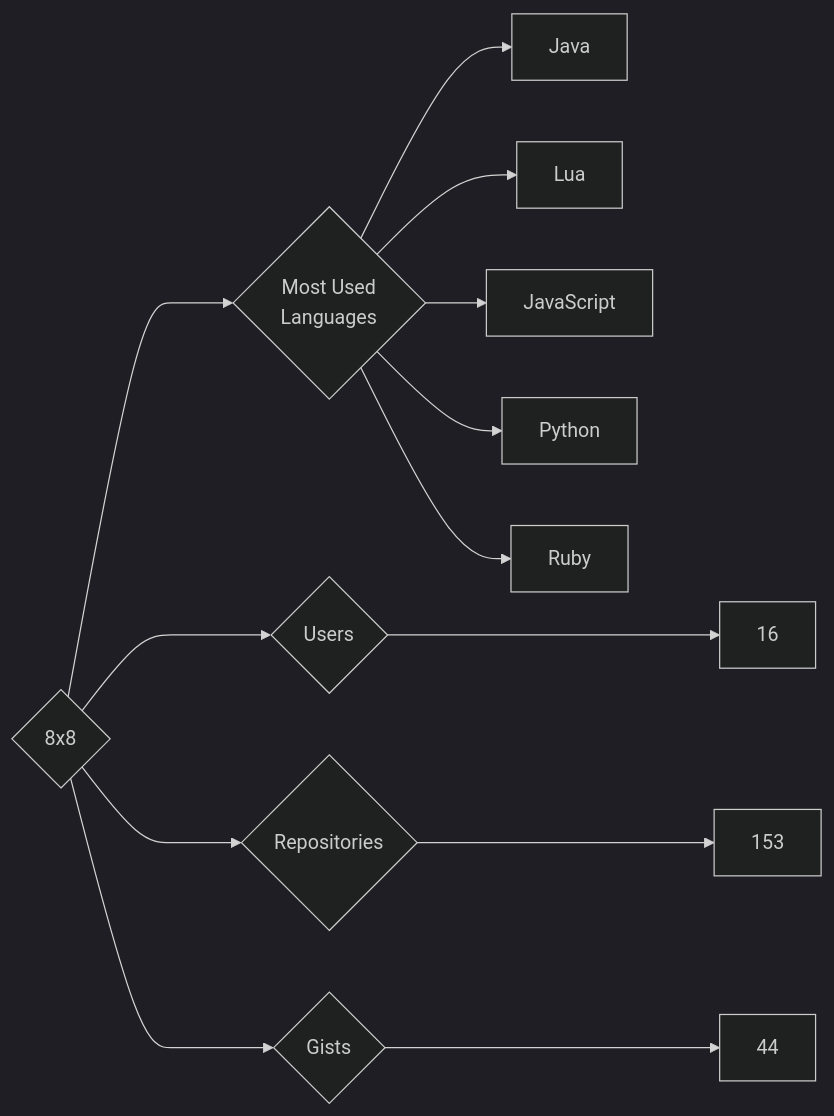
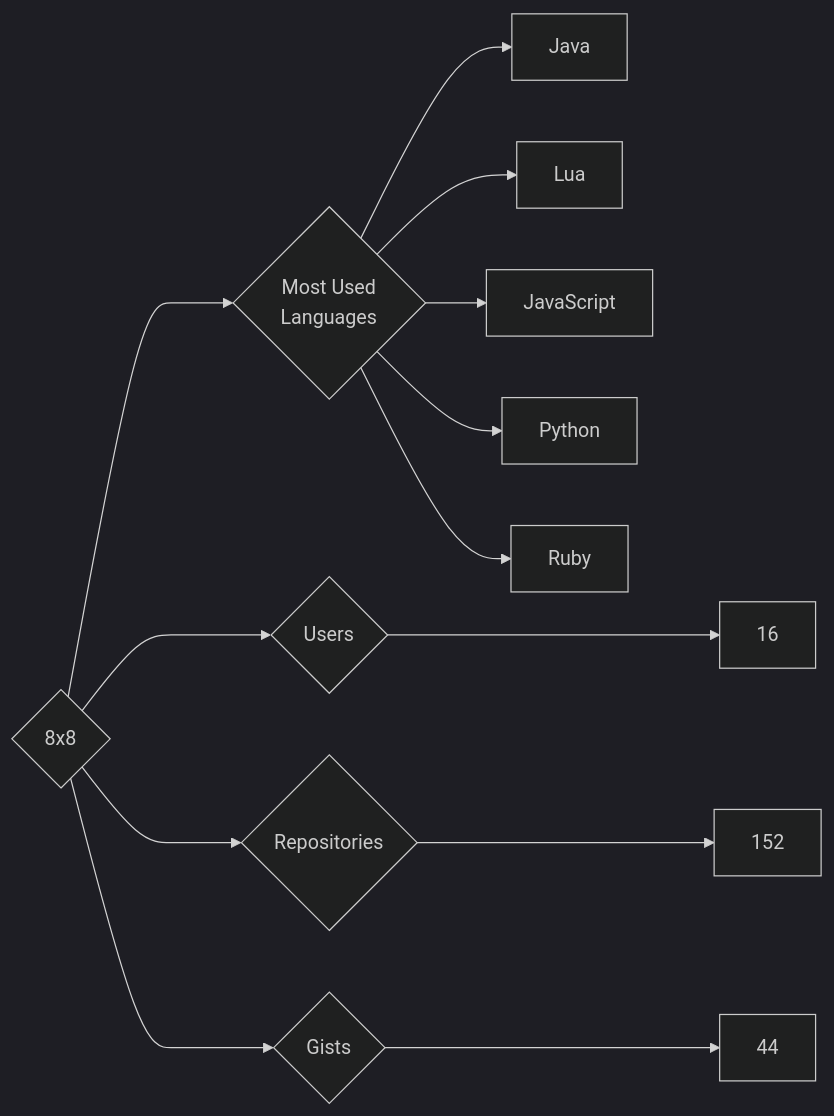
One commit to nenadzaric/insiders changed the diagram in targets/8x8/README.md. Above: the diagram before and after it, drawn with Mermaid (dark theme). The commit also changed 26 other files, not shown here.

````diff
--- a/targets/8x8/README.md
+++ b/targets/8x8/README.md
@@ -3,13 +3,13 @@
 ```mermaid
 graph LR
 COMPANY_NAME{8x8}
 COMPANY_NAME ---> U{Users} ---> UN[16]
-COMPANY_NAME ---> R{Repositories} ---> RN[153]
+COMPANY_NAME ---> R{Repositories} ---> RN[152]
 COMPANY_NAME ---> G{Gists} ---> GN[44]
 COMPANY_NAME ---> ML{Most Used<br>Languages}
 ML --> Java[Java]
 ML --> Lua[Lua]
 ML --> JavaScript[JavaScript]
 ML --> Python[Python]
 ML --> Ruby[Ruby]
 ```
````
